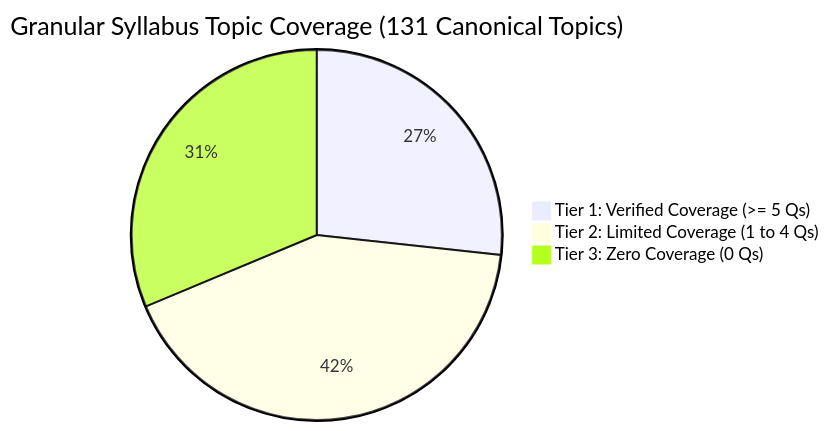
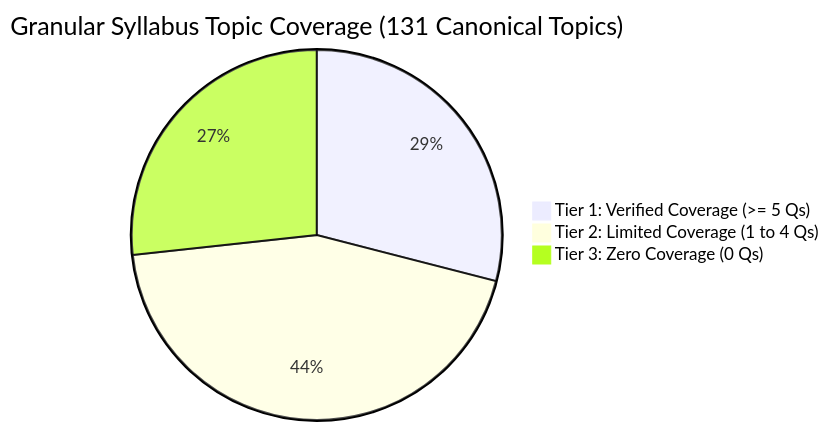
The diagram in SYLLABUS_COVERAGE_REPORT.md (Gudibettumane/AAI-Manager), drawn with Mermaid before and after one commit. The commit also changed other lines of this file and 11 other files, not shown here.

Commit message:
feat(collector): ingest 50 authentic GATE EE questions targeting zero-coverage topics, expanding repository to 550 verified questions

````diff
--- a/SYLLABUS_COVERAGE_REPORT.md
+++ b/SYLLABUS_COVERAGE_REPORT.md
@@ -14,6 +14,6 @@
 ```mermaid
 pie title Granular Syllabus Topic Coverage (131 Canonical Topics)
-    "Tier 1: Verified Coverage (>= 5 Qs)" : 35
-    "Tier 2: Limited Coverage (1 to 4 Qs)" : 55
-    "Tier 3: Zero Coverage (0 Qs)" : 41
+    "Tier 1: Verified Coverage (>= 5 Qs)" : 38
+    "Tier 2: Limited Coverage (1 to 4 Qs)" : 58
+    "Tier 3: Zero Coverage (0 Qs)" : 35
 ```
````
